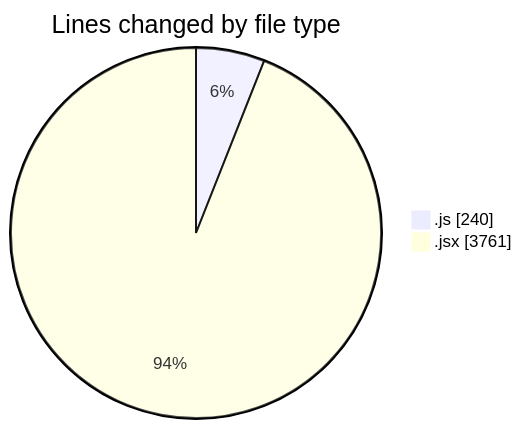
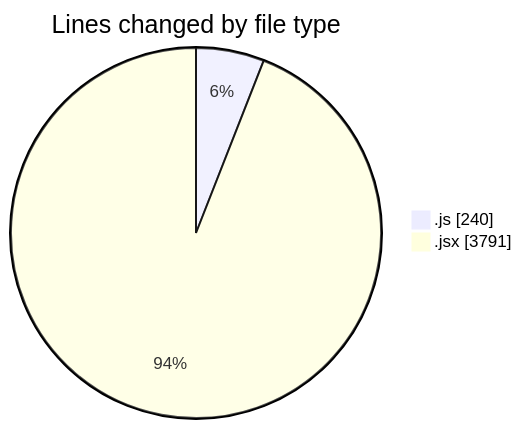
One commit to nxtqubesakshisongat/code-tracking changed the first of 2 diagrams in 2026-01-19/nxtqube_webapp/README.md. Above: the diagram before and after it, drawn with Mermaid. The commit also changed other lines of this file and 1 other file, not shown here.

````diff
--- a/2026-01-19/nxtqube_webapp/README.md
+++ b/2026-01-19/nxtqube_webapp/README.md
@@ -27,6 +27,6 @@
 ```mermaid
 pie showData
 title Lines changed by file type
 ".js" : 240
-".jsx" : 3761
+".jsx" : 3791
 ```
````
